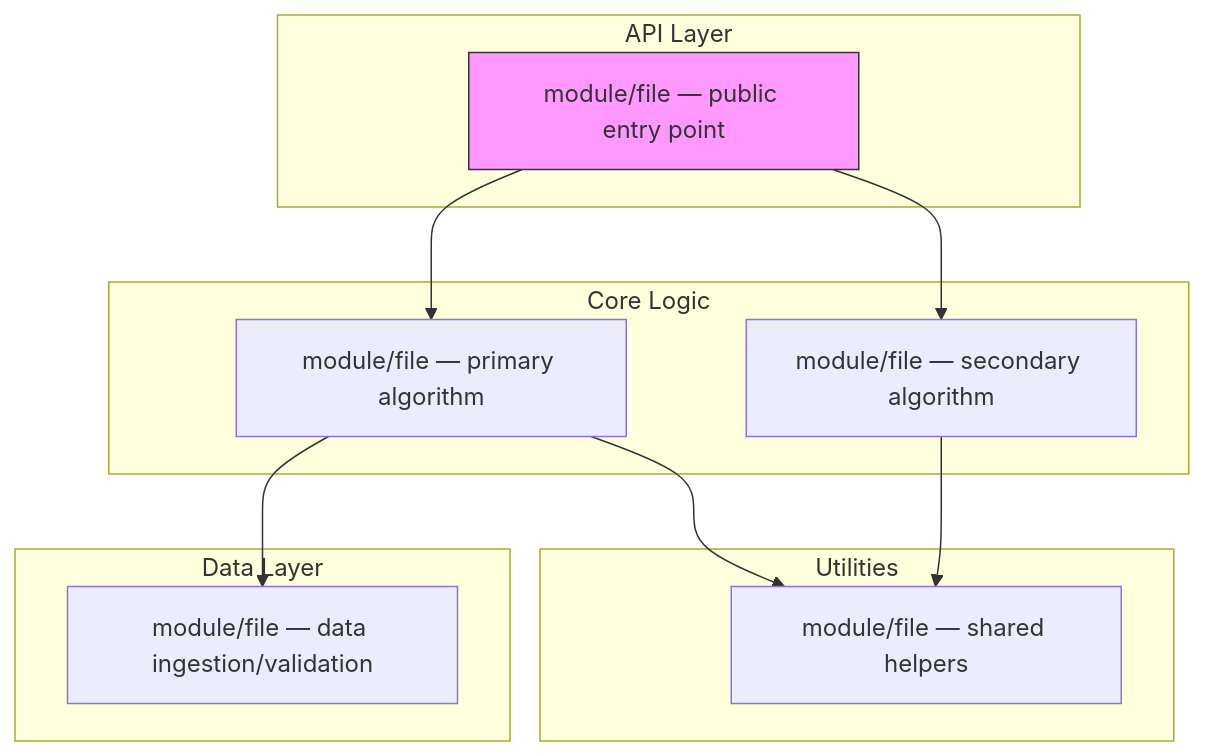
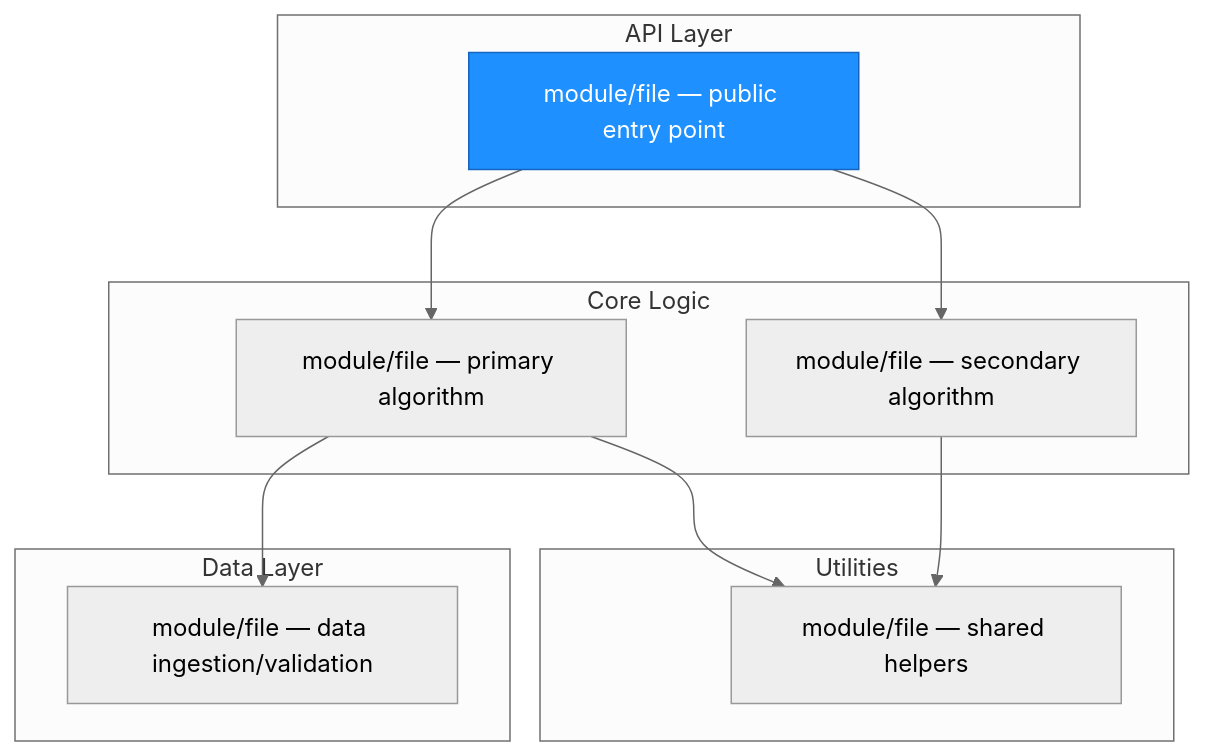
The first of 3 diagrams in templates/architecture.md (statsclaw/statsclaw), drawn with Mermaid before and after one commit. The commit also changed other lines of this file and 1 other file, not shown here.

First line of the commit message:
fix: improve architecture diagram styling for readability and dark mode

````diff
--- a/templates/architecture.md
+++ b/templates/architecture.md
@@ -13,27 +13,28 @@
 ```mermaid
+%%{init: {'theme': 'neutral'}}%%
 graph TD
     subgraph API["API Layer"]
         A1["module/file — public entry point"]
     end
 
     subgraph Core["Core Logic"]
         C1["module/file — primary algorithm"]
         C2["module/file — secondary algorithm"]
     end
 
     subgraph Data["Data Layer"]
         D1["module/file — data ingestion/validation"]
     end
 
     subgraph Utils["Utilities"]
         U1["module/file — shared helpers"]
     end
 
     A1 --> C1
     A1 --> C2
     C1 --> D1
     C1 --> U1
     C2 --> U1
 
-    style A1 fill:#f9f,stroke:#333
+    style A1 fill:#1e90ff,stroke:#1565c0,color:#fff
 ```
````
